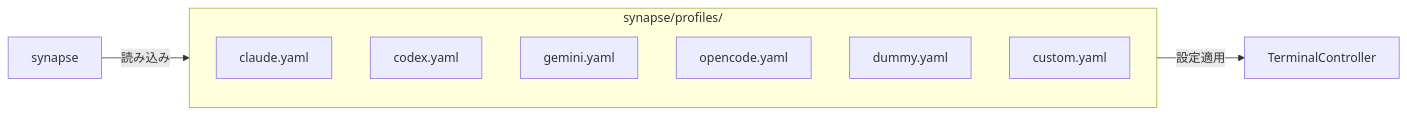
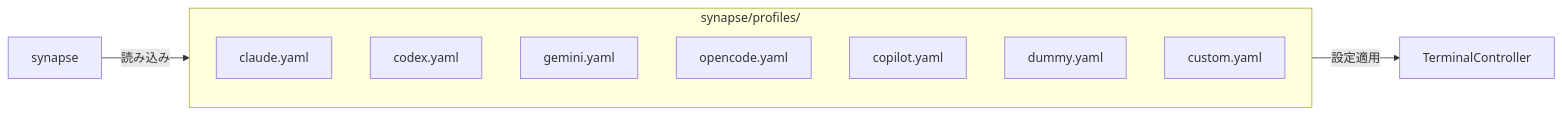
Before and after one commit to s-hiraoku/synapse-a2a: the first of 3 diagrams in guides/profiles.md, drawn with Mermaid. The commit also changed other lines of this file and 13 other files, not shown here.

````diff
--- a/guides/profiles.md
+++ b/guides/profiles.md
@@ -10,17 +10,18 @@
 ```mermaid
 flowchart LR
     subgraph Profiles["synapse/profiles/"]
         Claude["claude.yaml"]
         Codex["codex.yaml"]
         Gemini["gemini.yaml"]
         OpenCode["opencode.yaml"]
+        Copilot["copilot.yaml"]
         Dummy["dummy.yaml"]
         Custom["custom.yaml"]
     end
 
     CLI["synapse <profile>"]
     TC["TerminalController"]
 
     CLI -->|"読み込み"| Profiles
     Profiles -->|"設定適用"| TC
 ```
````
